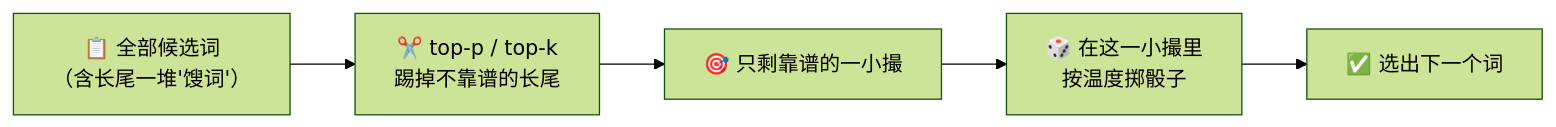
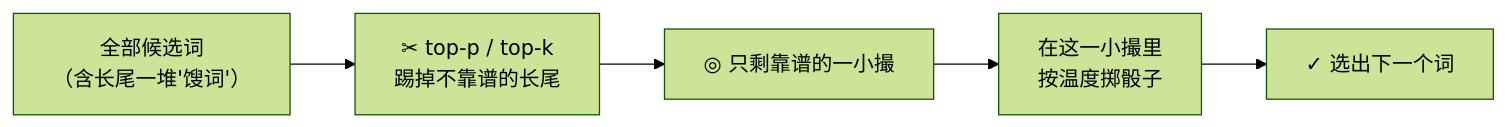
One commit to luckykhy/KhyAiHub changed the third of 5 diagrams in docs/02_CONCEPTS_概念入门/CONCEPT/[CONCEPT-28] 什么是采样与温度-Sampling.md. Above: the diagram before and after it, drawn with Mermaid (forest theme). The commit also changed other lines of this file and 19 other files, not shown here.

````diff
--- a/docs/02_CONCEPTS_概念入门/CONCEPT/[CONCEPT-28] 什么是采样与温度-Sampling.md
+++ b/docs/02_CONCEPTS_概念入门/CONCEPT/[CONCEPT-28] 什么是采样与温度-Sampling.md
@@ -116,7 +116,7 @@
 ```mermaid
 flowchart LR
-  ALL["📋 全部候选词<br/>（含长尾一堆'馊词'）"] --> CUT["✂️ top-p / top-k<br/>踢掉不靠谱的长尾"]
-  CUT --> SMALL["🎯 只剩靠谱的一小撮"]
-  SMALL --> DICE["🎲 在这一小撮里<br/>按温度掷骰子"]
-  DICE --> WORD["✅ 选出下一个词"]
+  ALL["全部候选词<br/>（含长尾一堆'馊词'）"] --> CUT["✂ top-p / top-k<br/>踢掉不靠谱的长尾"]
+  CUT --> SMALL["◎ 只剩靠谱的一小撮"]
+  SMALL --> DICE["在这一小撮里<br/>按温度掷骰子"]
+  DICE --> WORD["✓ 选出下一个词"]
 ```
````
